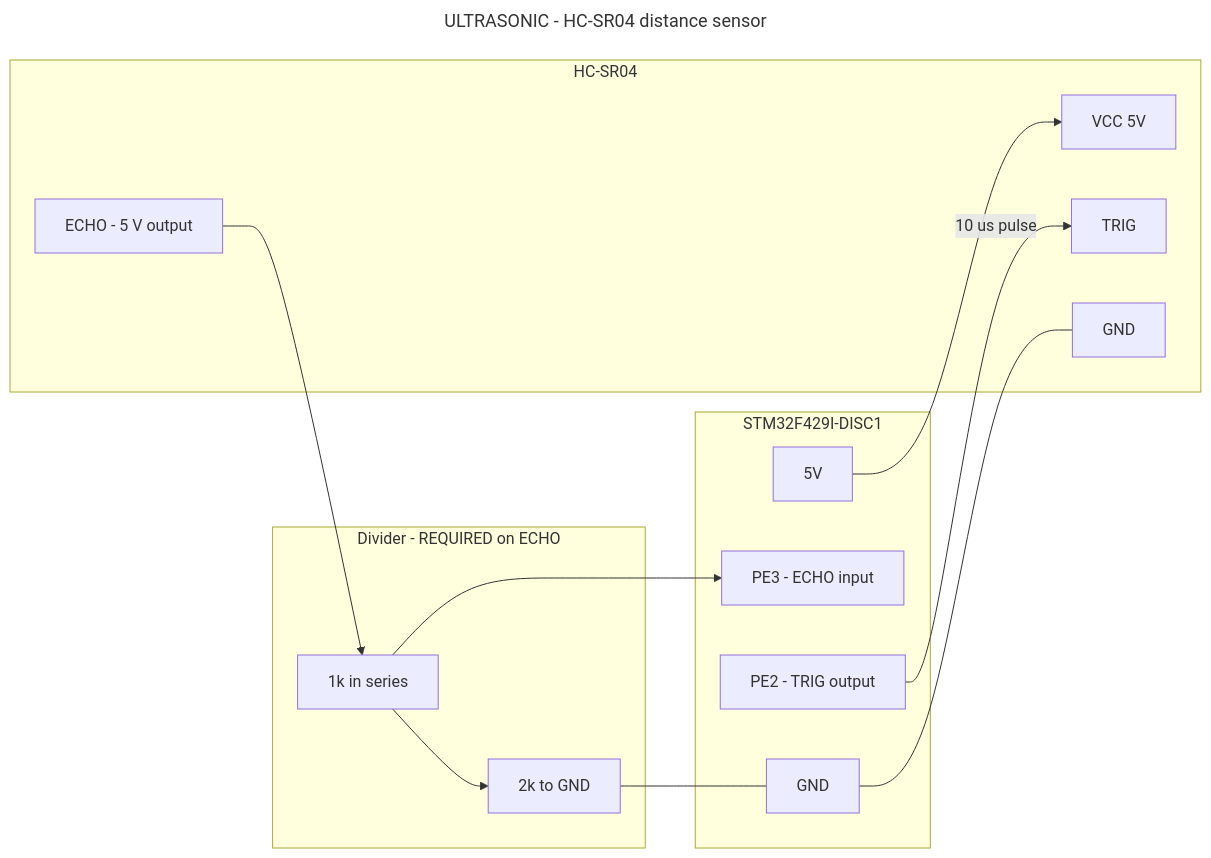
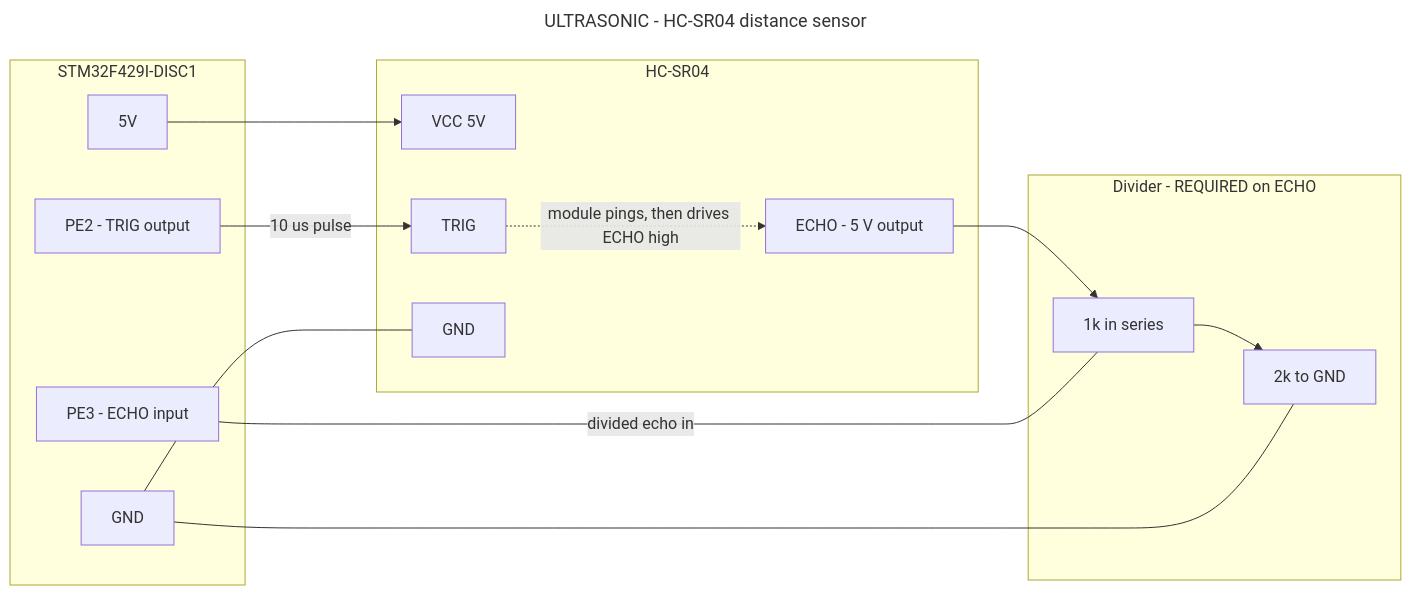
One commit to Ekpenyong-Esu/BareMetalMCU2 changed the diagram in Sensor_Cons/Peripherals/ULTRASONIC/ultrasonic_wiring.mmd. Above: the diagram before and after it, drawn with Mermaid. The commit also changed 13 other files, not shown here.

Commit message:
Rank the remaining wiring diagrams into a single row

```diff
--- a/Sensor_Cons/Peripherals/ULTRASONIC/ultrasonic_wiring.mmd
+++ b/Sensor_Cons/Peripherals/ULTRASONIC/ultrasonic_wiring.mmd
@@ -1,40 +1,41 @@
 ---
 title: ULTRASONIC - HC-SR04 distance sensor
 ---
 %% NO DOCUMENTED PINS - the driver takes any two GPIO. PE2 and PE3 are free
 %% in project.ioc.
 %% DANGER: the HC-SR04 ECHO pin swings to 5 V. Feeding that straight into a
 %% 3.3 V GPIO will damage the pin. Use a divider - 1k to 2k gives 3.3 V.
 %% TRIG is an input on the sensor and reads 3.3 V as a valid high, so that
 %% direction needs no shifting.
 %% The sensor needs a real 5 V supply; it will not fire reliably at 3.3 V.
 %% Sequence: 10 us pulse on TRIG, then time how long ECHO stays high.
 %% distance_cm = echo_us / 58. Leave 60 ms between readings for the echoes
 %% to die away.
 flowchart LR
     subgraph MCU["STM32F429I-DISC1"]
         TRIG["PE2 - TRIG output"]
         ECHO["PE3 - ECHO input"]
         V5["5V"]
         GND["GND"]
     end
 
     subgraph DIV["Divider - REQUIRED on ECHO"]
         R1["1k in series"]
         R2["2k to GND"]
     end
 
     subgraph HC["HC-SR04"]
         hV["VCC 5V"]
         hT["TRIG"]
         hE["ECHO - 5 V output"]
         hG["GND"]
     end
 
     TRIG -->|"10 us pulse"| hT
+    V5 --> hV
+    GND --- hG
+    hT -.->|"module pings, then drives ECHO high"| hE
     hE --> R1
     R1 --> R2
-    R1 --> ECHO
-    R2 --- GND
-    V5 --> hV
-    GND --- hG
+    GND --- R2
+    ECHO ---|"divided echo in"| R1
```
